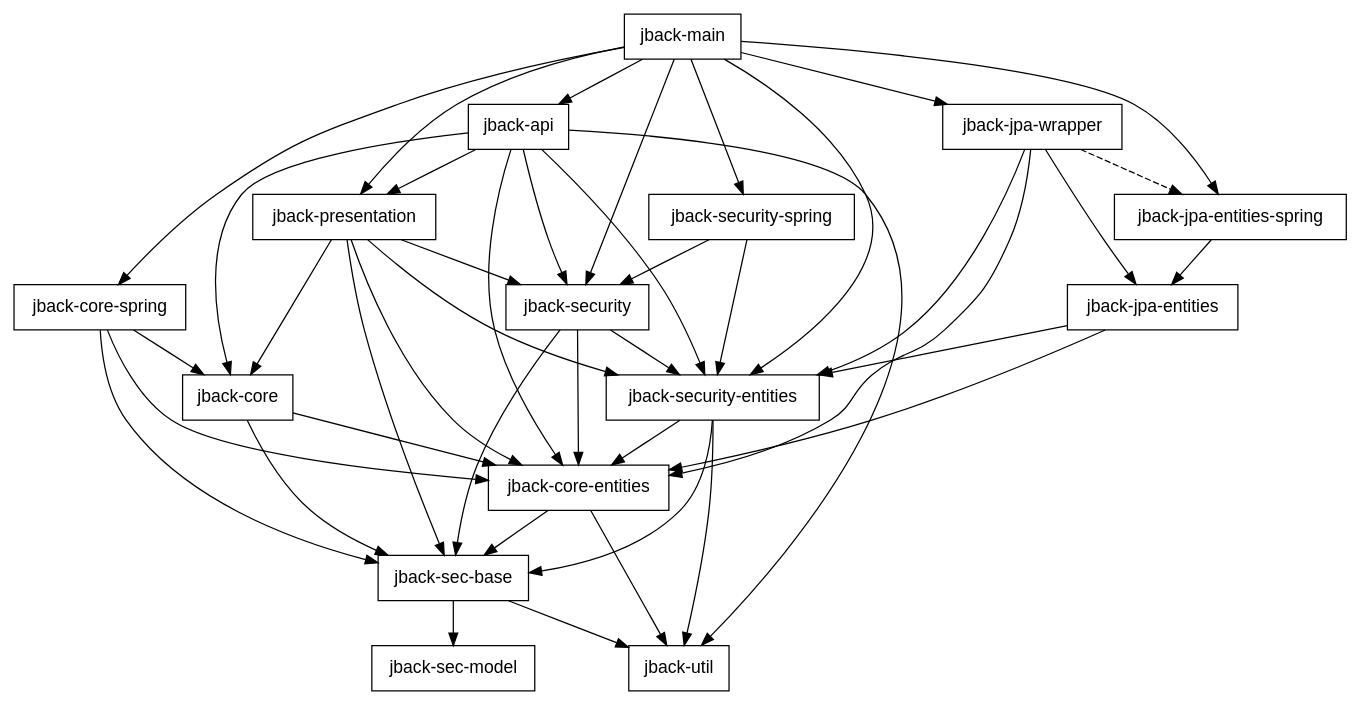
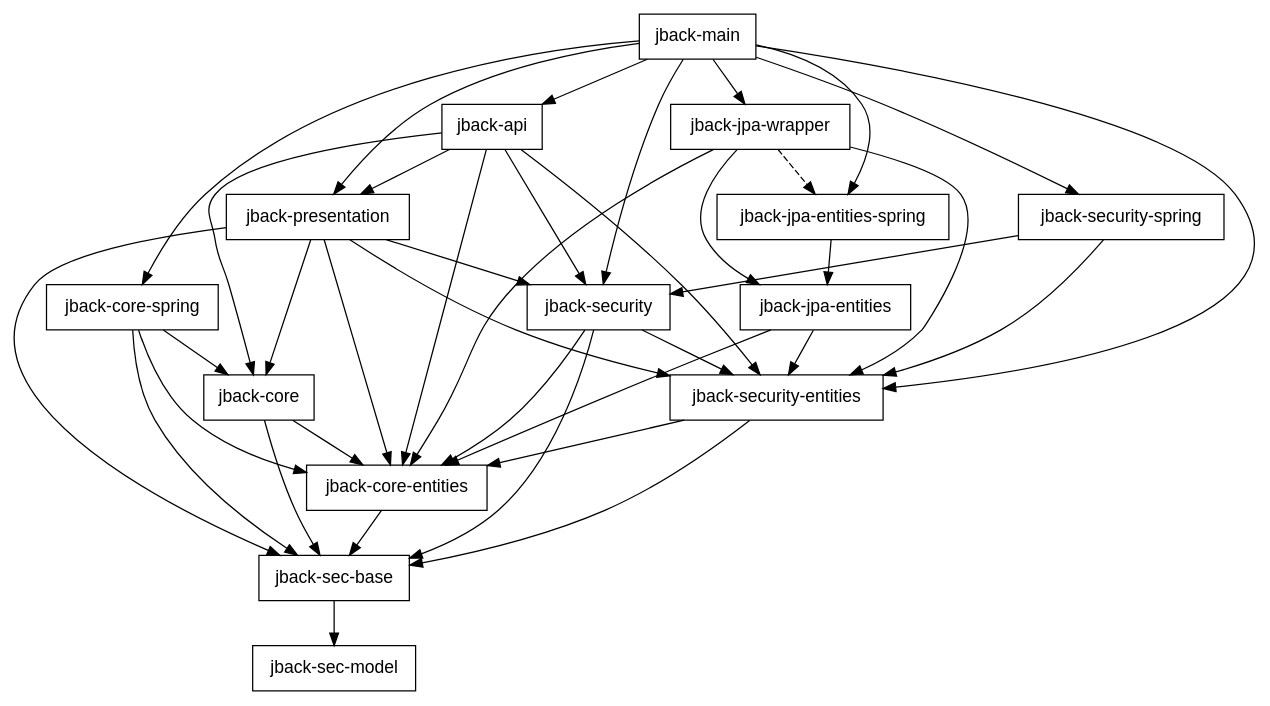
Before and after one commit to blaulaub/jback: the diagram in graphviz/module-dependencies.dot, drawn with Graphviz. The commit also changed 17 other files, not shown here.

Commit message:
drop silly jback-util

```diff
--- a/graphviz/module-dependencies.dot
+++ b/graphviz/module-dependencies.dot
@@ -1,48 +1,44 @@
 digraph G {
 
   node [ shape="box", fontname="helvetica" ];
 
   "jback-main" -> "jback-api";
   "jback-main" -> "jback-core-spring";
   "jback-main" -> "jback-jpa-entities-spring";
   "jback-main" -> "jback-jpa-wrapper";
   "jback-main" -> "jback-presentation";
   "jback-main" -> "jback-security";
   "jback-main" -> "jback-security-entities";
   "jback-main" -> "jback-security-spring";
   "jback-jpa-wrapper" -> "jback-core-entities";
   "jback-jpa-wrapper" -> "jback-jpa-entities";
   "jback-jpa-wrapper" -> "jback-jpa-entities-spring" [ style="dashed" ];
   "jback-jpa-wrapper" -> "jback-security-entities";
   "jback-jpa-entities-spring" -> "jback-jpa-entities";
   "jback-jpa-entities" -> "jback-core-entities";
   "jback-jpa-entities" -> "jback-security-entities";
   "jback-api" -> "jback-core";
   "jback-api" -> "jback-core-entities";
   "jback-api" -> "jback-presentation";
   "jback-api" -> "jback-security";
   "jback-api" -> "jback-security-entities";
-  "jback-api" -> "jback-util";
   "jback-presentation" -> "jback-core";
   "jback-presentation" -> "jback-core-entities";
   "jback-presentation" -> "jback-sec-base";
   "jback-presentation" -> "jback-security";
   "jback-presentation" -> "jback-security-entities";
   "jback-security" -> "jback-core-entities";
   "jback-security" -> "jback-sec-base";
   "jback-security" -> "jback-security-entities";
   "jback-security-entities" -> "jback-core-entities";
   "jback-security-entities" -> "jback-sec-base";
-  "jback-security-entities" -> "jback-util";
   "jback-security-spring" -> "jback-security";
   "jback-security-spring" -> "jback-security-entities";
   "jback-core" -> "jback-core-entities";
   "jback-core" -> "jback-sec-base";
   "jback-core-entities" -> "jback-sec-base";
-  "jback-core-entities" -> "jback-util";
   "jback-core-spring" -> "jback-core";
   "jback-core-spring" -> "jback-core-entities";
   "jback-core-spring" -> "jback-sec-base";
   "jback-sec-base" -> "jback-sec-model";
-  "jback-sec-base" -> "jback-util";
 }
```
